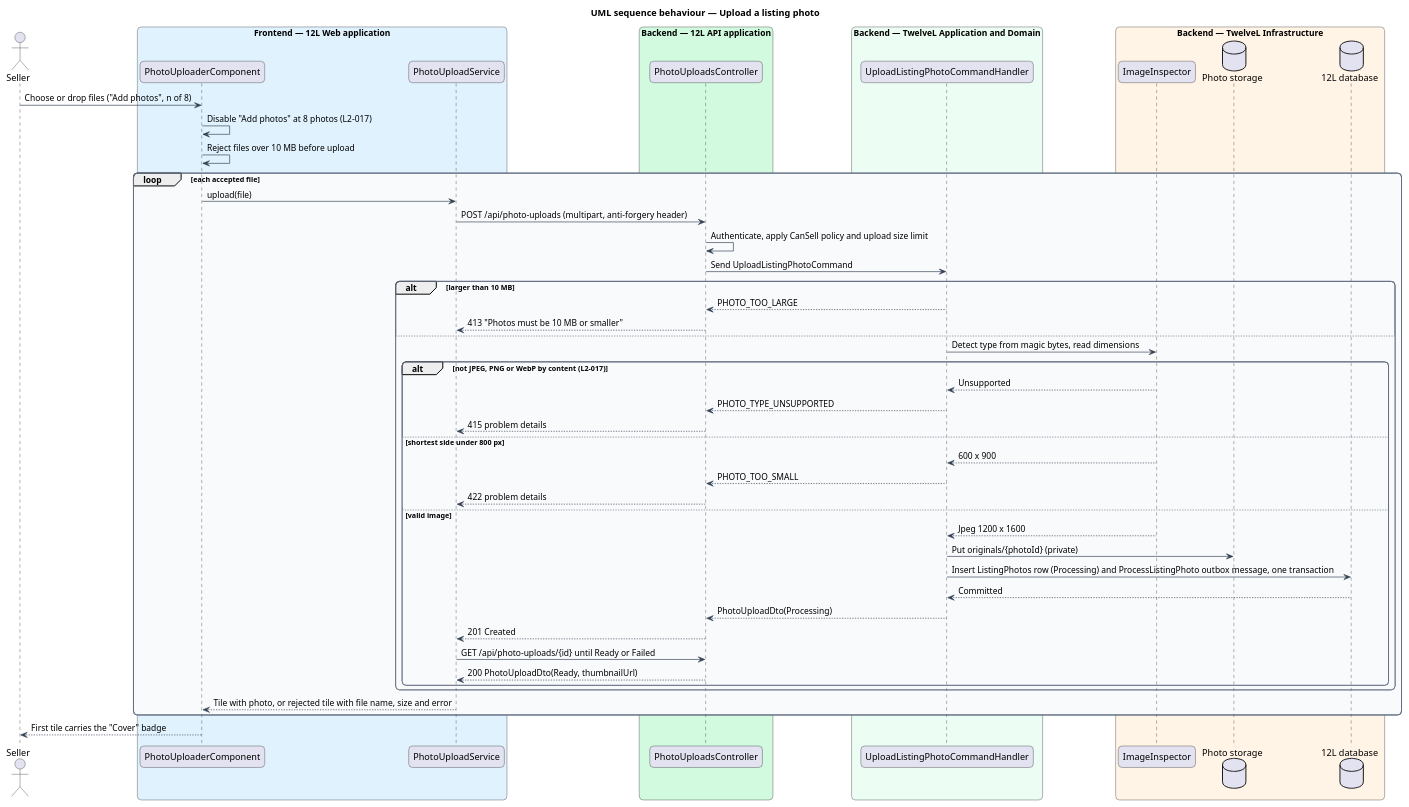
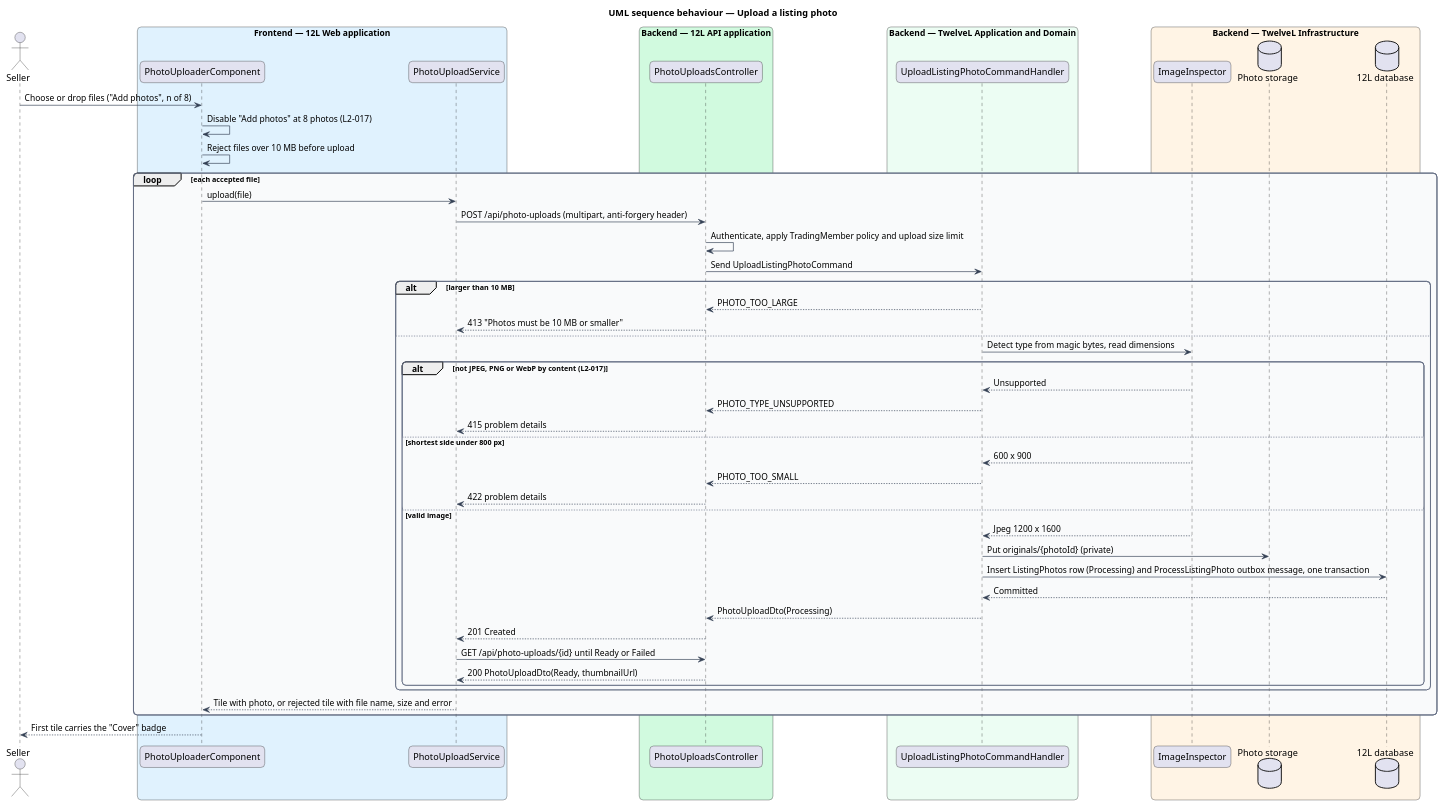
The diagram in docs/detailed-designs/listings/upload-listing-photos/diagrams/sequence-upload-photo.puml (QuinntyneBrown/12l), drawn with PlantUML before and after one commit. The commit also changed 145 other files, not shown here.

```diff
--- a/docs/detailed-designs/listings/upload-listing-photos/diagrams/sequence-upload-photo.puml
+++ b/docs/detailed-designs/listings/upload-listing-photos/diagrams/sequence-upload-photo.puml
@@ -1,68 +1,68 @@
 @startuml
 title UML sequence behaviour — Upload a listing photo
 skinparam backgroundColor #FFFFFF
 skinparam shadowing false
 skinparam roundcorner 12
 skinparam defaultFontName Arial
 skinparam ArrowColor #344054
 skinparam rectangle {
   BorderColor #344054
   FontColor #101828
 }
 skinparam package {
   BorderColor #667085
   FontColor #101828
   BackgroundColor #F9FAFB
 }
 actor "Seller" as actor
 box "Frontend — 12L Web application" #E0F2FE
   participant "PhotoUploaderComponent" as up
   participant "PhotoUploadService" as client
 end box
 box "Backend — 12L API application" #D1FADF
   participant "PhotoUploadsController" as controller
 end box
 box "Backend — TwelveL Application and Domain" #ECFDF3
   participant "UploadListingPhotoCommandHandler" as handler
 end box
 box "Backend — TwelveL Infrastructure" #FFF4E5
   participant "ImageInspector" as inspector
   database "Photo storage" as storage
   database "12L database" as db
 end box
 actor -> up : Choose or drop files ("Add photos", n of 8)
 up -> up : Disable "Add photos" at 8 photos (L2-017)
 up -> up : Reject files over 10 MB before upload
 loop each accepted file
   up -> client : upload(file)
   client -> controller : POST /api/photo-uploads (multipart, anti-forgery header)
-  controller -> controller : Authenticate, apply CanSell policy and upload size limit
+  controller -> controller : Authenticate, apply TradingMember policy and upload size limit
   controller -> handler : Send UploadListingPhotoCommand
   alt larger than 10 MB
     handler --> controller : PHOTO_TOO_LARGE
     controller --> client : 413 "Photos must be 10 MB or smaller"
   else
     handler -> inspector : Detect type from magic bytes, read dimensions
     alt not JPEG, PNG or WebP by content (L2-017)
       inspector --> handler : Unsupported
       handler --> controller : PHOTO_TYPE_UNSUPPORTED
       controller --> client : 415 problem details
     else shortest side under 800 px
       inspector --> handler : 600 x 900
       handler --> controller : PHOTO_TOO_SMALL
       controller --> client : 422 problem details
     else valid image
       inspector --> handler : Jpeg 1200 x 1600
       handler -> storage : Put originals/{photoId} (private)
       handler -> db : Insert ListingPhotos row (Processing) and ProcessListingPhoto outbox message, one transaction
       db --> handler : Committed
       handler --> controller : PhotoUploadDto(Processing)
       controller --> client : 201 Created
       client -> controller : GET /api/photo-uploads/{id} until Ready or Failed
       controller --> client : 200 PhotoUploadDto(Ready, thumbnailUrl)
     end
   end
   client --> up : Tile with photo, or rejected tile with file name, size and error
 end
 up --> actor : First tile carries the "Cover" badge
 @enduml
```
